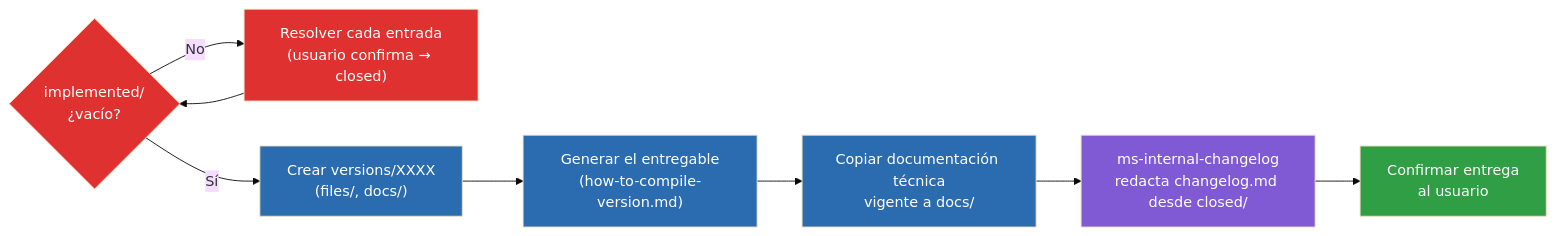
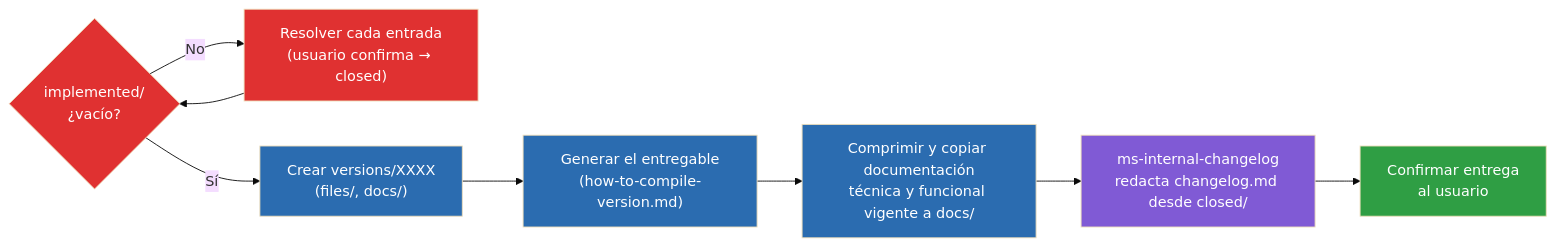
One commit to yeyopepe/bgfactory changed the diagram in .claude/skills/ms-version/version-flow-diagram.template.md. Above: the diagram before and after it, drawn with Mermaid (base theme). The commit also changed 8 other files, not shown here.

````diff
--- a/.claude/skills/ms-version/version-flow-diagram.template.md
+++ b/.claude/skills/ms-version/version-flow-diagram.template.md
@@ -5,22 +5,22 @@
 ```mermaid
 flowchart LR
     Guard{"implemented/\n¿vacío?"}
     Resolve["Resolver cada entrada\n(usuario confirma → closed)"]
     Folder["Crear versions/XXXX\n(files/, docs/)"]
     Compile["Generar el entregable\n(how-to-compile-version.md)"]
-    Docs["Copiar documentación técnica\nvigente a docs/"]
+    Docs["Comprimir y copiar documentación\ntécnica y funcional vigente a docs/"]
     Changelog["ms-internal-changelog\nredacta changelog.md desde closed/"]
     Confirm["Confirmar entrega\nal usuario"]
 
     Guard -- No --> Resolve --> Guard
     Guard -- Sí --> Folder --> Compile --> Docs --> Changelog --> Confirm
 
     classDef guardrail fill:#e03131,color:#fff
     classDef core fill:#2b6cb0,color:#fff
     classDef internal fill:#805ad5,color:#fff
     classDef done fill:#2f9e44,color:#fff
     class Guard,Resolve guardrail
     class Folder,Compile,Docs core
     class Changelog internal
     class Confirm done
 ```
````
